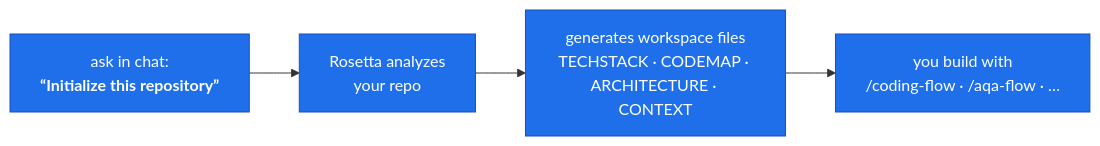
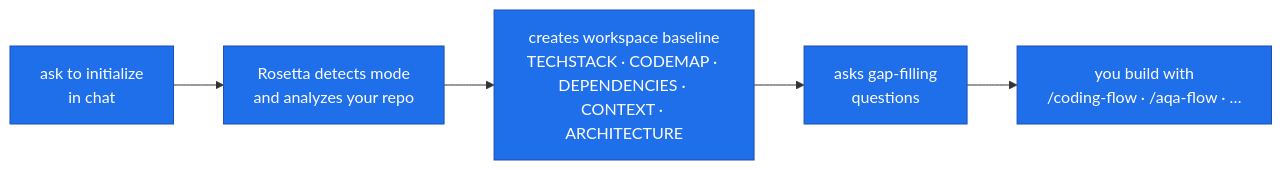
Before and after one commit to griddynamics/rosetta: the first of 2 diagrams in README.md, drawn with Mermaid. The commit also changed other lines of this file and 3 other files, not shown here.

````diff
--- a/README.md
+++ b/README.md
@@ -73,9 +67,10 @@
 ```mermaid
 flowchart LR
-    D["ask in chat:<br/><b>“Initialize this repository”</b>"] --> A["Rosetta analyzes<br/>your repo"]
-    A --> W["generates workspace files<br/>TECHSTACK · CODEMAP · ARCHITECTURE · CONTEXT"]
-    W --> S["you build with<br/>/coding-flow · /aqa-flow · …"]
+    D["ask to initialize<br/>in chat"] --> A["Rosetta detects mode<br/>and analyzes your repo"]
+    A --> W["creates workspace baseline<br/>TECHSTACK · CODEMAP · DEPENDENCIES · CONTEXT · ARCHITECTURE"]
+    W --> Q["asks gap-filling<br/>questions"]
+    Q --> S["you build with<br/>/coding-flow · /aqa-flow · …"]
 
     classDef step fill:#1f6feb,stroke:#1b4fb8,color:#ffffff;
-    class D,A,W,S step
+    class D,A,W,Q,S step
 ```
````
